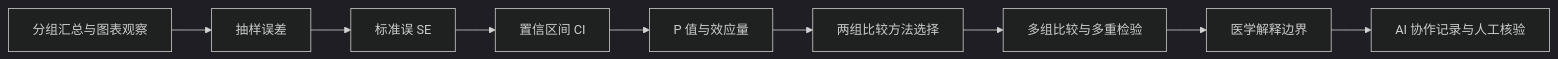
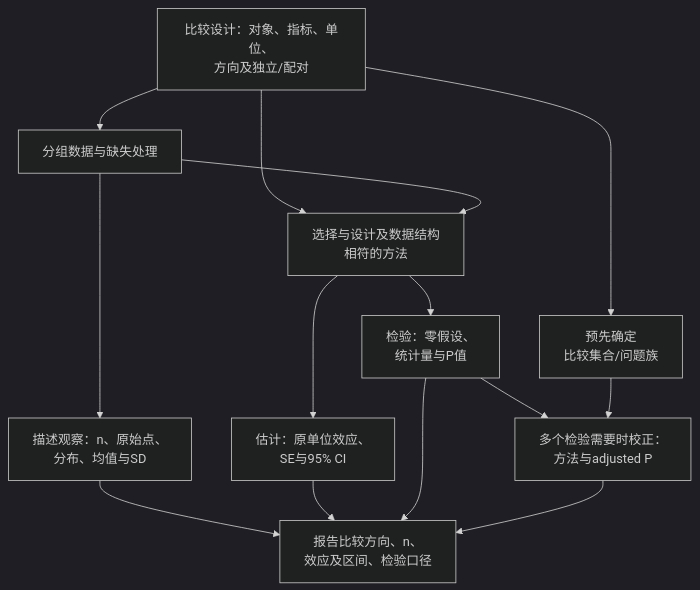
The first of 2 diagrams in docs/chapters/chapter-8/index.md (luvega/AI_MED_DataVis), drawn with Mermaid (dark theme) before and after one commit. The commit also changed other lines of this file and 30 other files, not shown here.

Commit message:
Redraw textbook diagrams and correct data-flow relationships

````diff
--- a/docs/chapters/chapter-8/index.md
+++ b/docs/chapters/chapter-8/index.md
@@ -51,11 +51,16 @@
 ```mermaid
-flowchart LR
-  A["分组汇总与图表观察"] --> B["抽样误差"]
-  B --> C["标准误 SE"]
-  C --> D["置信区间 CI"]
-  D --> E["P 值与效应量"]
-  E --> F["两组比较方法选择"]
-  F --> G["多组比较与多重检验"]
-  G --> H["医学解释边界"]
-  H --> I["AI 协作记录与人工核验"]
+flowchart TD
+  A["比较设计：对象、指标、单位、<br/>方向及独立/配对"] --> B["分组数据与缺失处理"]
+  A --> C["预先确定<br/>比较集合/问题族"]
+  B --> D["描述观察：n、原始点、<br/>分布、均值与SD"]
+  A --> E["选择与设计及数据结构<br/>相符的方法"]
+  B --> E
+  E --> F["估计：原单位效应、<br/>SE与95% CI"]
+  E --> G["检验：零假设、<br/>统计量与P值"]
+  G --> H["多个检验需要时校正：<br/>方法与adjusted P"]
+  C --> H
+  D --> I["报告比较方向、n、<br/>效应及区间、检验口径"]
+  F --> I
+  G --> I
+  H --> I
 ```
````
